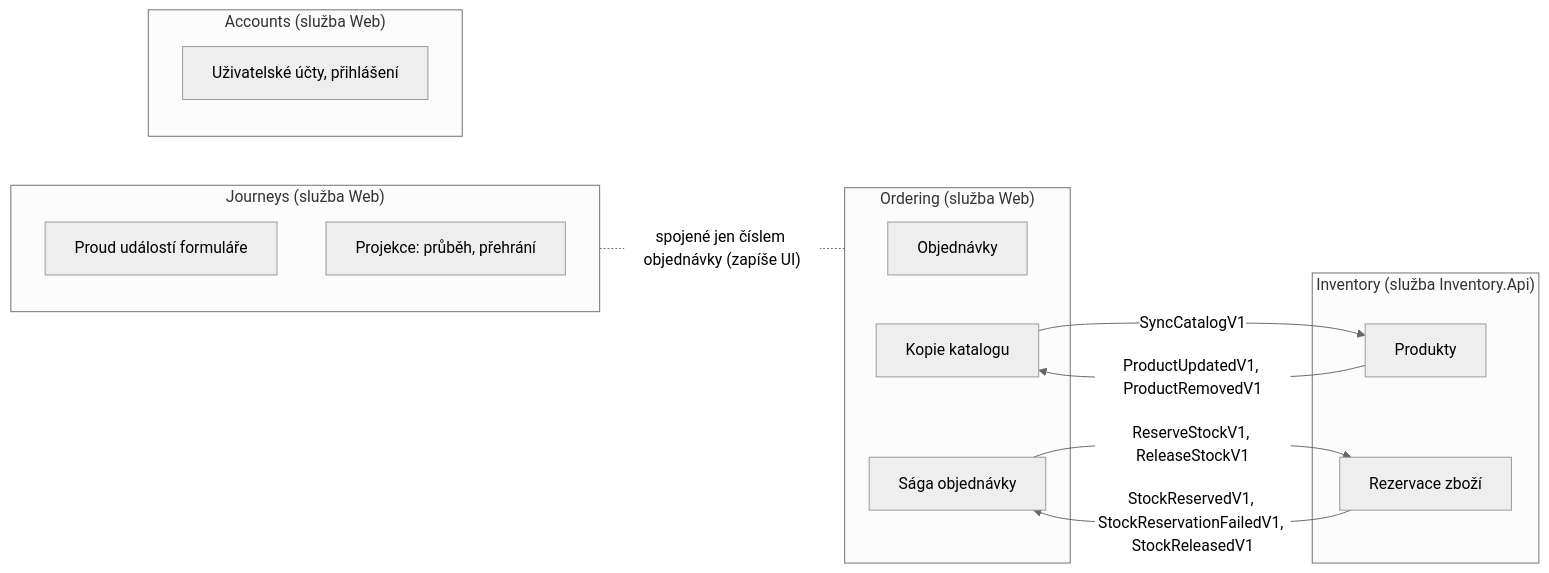
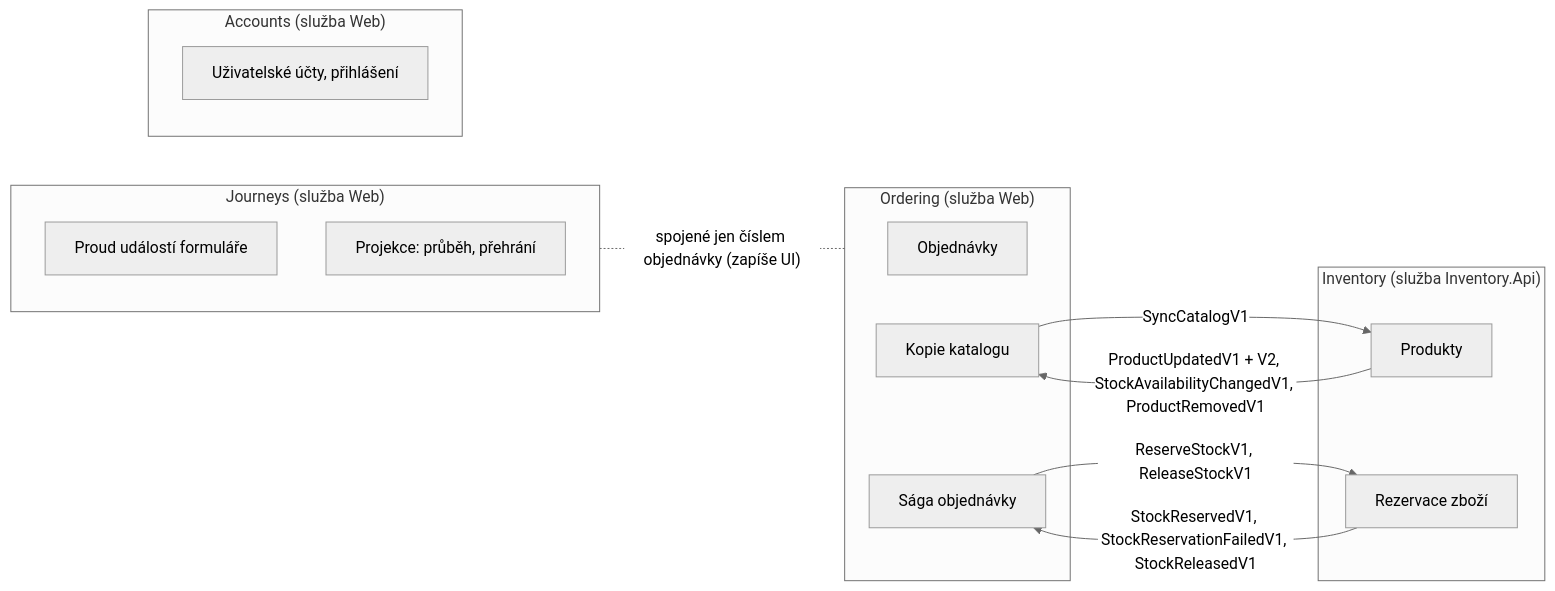
One commit to ftichy/MiniShop changed the diagram in docs/prirucka/architektura/moduly/index.md. Above: the diagram before and after it, drawn with Mermaid (neutral theme). The commit also changed 89 other files, not shown here.

````diff
--- a/docs/prirucka/architektura/moduly/index.md
+++ b/docs/prirucka/architektura/moduly/index.md
@@ -12,35 +12,35 @@
 ```mermaid
 flowchart LR
     subgraph ord["Ordering (služba Web)"]
         o1[Objednávky]
         o2[Sága objednávky]
         o3[Kopie katalogu]
     end
     subgraph inv["Inventory (služba Inventory.Api)"]
         i1[Produkty]
         i2[Rezervace zboží]
     end
     subgraph jou["Journeys (služba Web)"]
         j1[Proud událostí formuláře]
         j2[Projekce: průběh, přehrání]
     end
 
     o2 -->|"ReserveStockV1, ReleaseStockV1"| i2
     i2 -->|"StockReservedV1, StockReservationFailedV1, StockReleasedV1"| o2
-    i1 -->|"ProductUpdatedV1, ProductRemovedV1"| o3
+    i1 -->|"ProductUpdatedV1 + V2, StockAvailabilityChangedV1, ProductRemovedV1"| o3
     o3 -->|SyncCatalogV1| i1
     subgraph acc["Accounts (služba Web)"]
         a1[Uživatelské účty, přihlášení]
     end
 
     jou -.-|"spojené jen číslem objednávky (zapíše UI)"| ord
 
     click o2 "/Docs/eda/saga"
     click o3 "/Docs/eda/kopie-katalogu"
     click j1 "/Docs/eda/proud-udalosti"
     click o1 "/Docs/architektura/moduly/ordering"
     click i1 "/Docs/architektura/moduly/inventory"
     click i2 "/Docs/architektura/moduly/inventory"
     click j2 "/Docs/architektura/moduly/journeys"
     click a1 "/Docs/architektura/moduly/accounts"
 ```
````
